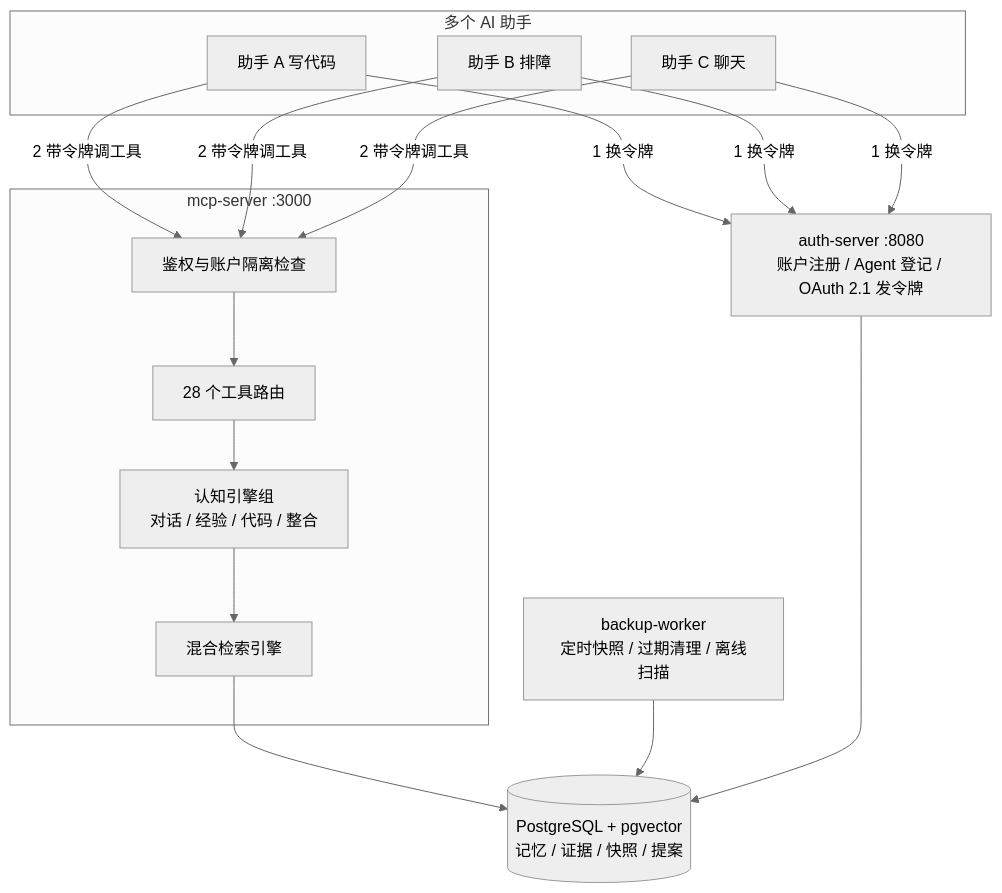
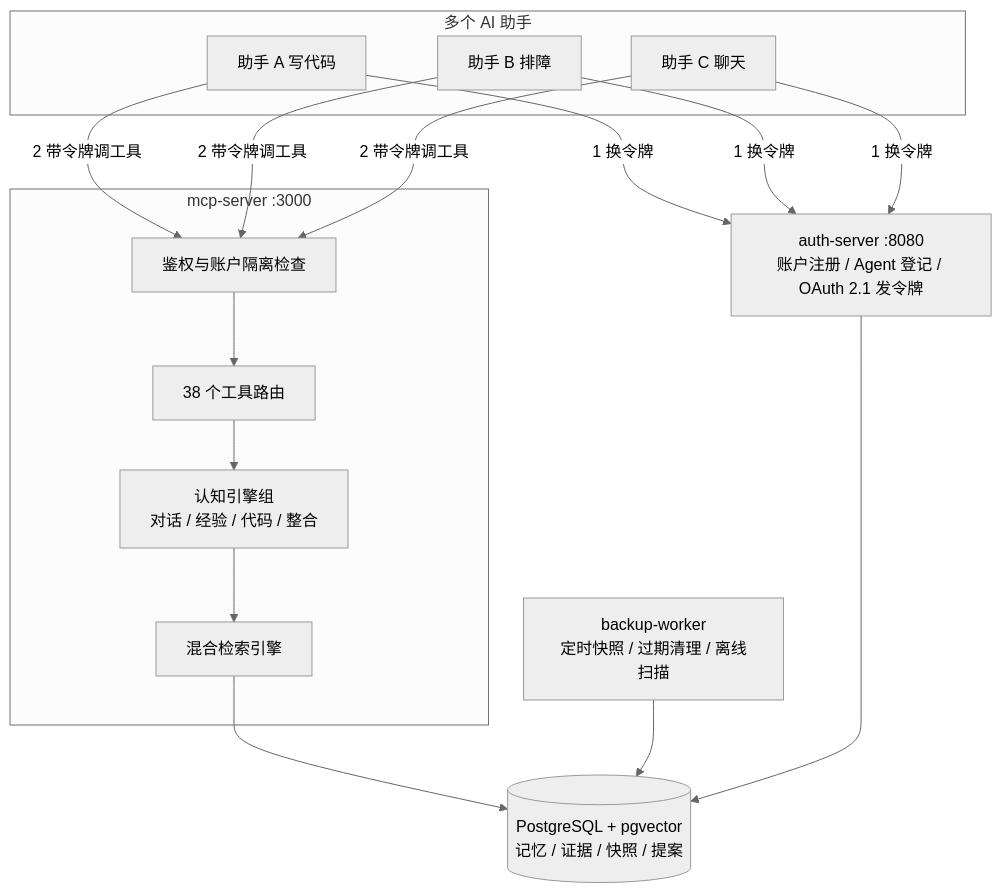
Before and after one commit to orderye/memory-hub: the first of 2 diagrams in README.md, drawn with Mermaid (neutral theme). The commit also changed other lines of this file and 11 other files, not shown here.

````diff
--- a/README.md
+++ b/README.md
@@ -79,32 +79,32 @@
 ```mermaid
 flowchart TD
     subgraph Agents["多个 AI 助手"]
         A1["助手 A 写代码"]
         A2["助手 B 排障"]
         A3["助手 C 聊天"]
     end
 
     Auth["auth-server :8080<br/>账户注册 / Agent 登记 / OAuth 2.1 发令牌"]
 
     subgraph Hub["mcp-server :3000"]
         Guard["鉴权与账户隔离检查"]
-        Tools["28 个工具路由"]
+        Tools["38 个工具路由"]
         Engines["认知引擎组<br/>对话 / 经验 / 代码 / 整合"]
         Search["混合检索引擎"]
         Guard --> Tools --> Engines
         Engines --> Search
     end
 
     Worker["backup-worker<br/>定时快照 / 过期清理 / 离线扫描"]
     DB[("PostgreSQL + pgvector<br/>记忆 / 证据 / 快照 / 提案")]
 
     A1 -->|1 换令牌| Auth
     A2 -->|1 换令牌| Auth
     A3 -->|1 换令牌| Auth
     A1 -->|2 带令牌调工具| Guard
     A2 -->|2 带令牌调工具| Guard
     A3 -->|2 带令牌调工具| Guard
     Search --> DB
     Worker --> DB
     Auth --> DB
 ```
````
